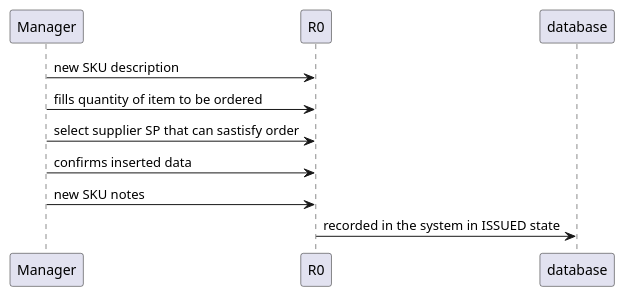
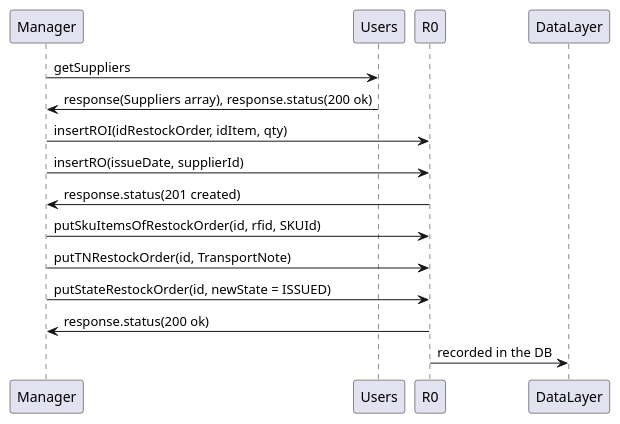
The third of 5 diagrams in DesignDocument.md (robsanity/JavascriptBackEndProjectAndTesting), drawn with PlantUML before and after one commit. The commit also changed other lines of this file, not shown here.

````diff
--- a/DesignDocument.md
+++ b/DesignDocument.md
@@ -253,9 +254,13 @@
 ```plantuml
-Manager ->R0: new SKU description 
-Manager -> R0: fills quantity of item to be ordered
-Manager -> R0: select supplier SP that can sastisfy order
-Manager -> R0: confirms inserted data  
-Manager -> R0: new SKU notes
-R0 -> database: recorded in the system in ISSUED state
+Manager -> Users: getSuppliers
+Users -> Manager: response(Suppliers array), response.status(200 ok)
+Manager -> R0: insertROI(idRestockOrder, idItem, qty)
+Manager -> R0: insertRO(issueDate, supplierId)
+R0 -> Manager: response.status(201 created)
+Manager -> R0: putSkuItemsOfRestockOrder(id, rfid, SKUId)
+Manager -> R0: putTNRestockOrder(id, TransportNote)
+Manager -> R0: putStateRestockOrder(id, newState = ISSUED)
+R0 -> Manager: response.status(200 ok)
+R0 -> DataLayer: recorded in the DB
 
 ```
````
